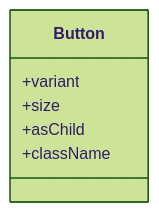
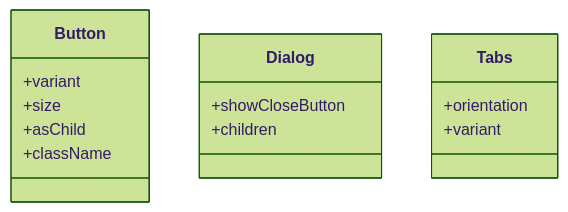
Before and after one commit to v0lka/c0wrk: the ninth of 11 diagrams in .qoder/repowiki/en/content/Frontend Application/Frontend Application.md, drawn with Mermaid (forest theme). The commit also changed other lines of this file and 52 other files, not shown here.

````diff
--- a/.qoder/repowiki/en/content/Frontend Application/Frontend Application.md
+++ b/.qoder/repowiki/en/content/Frontend Application/Frontend Application.md
@@ -241,9 +342,17 @@
 ```mermaid
 classDiagram
 class Button {
 +variant
 +size
 +asChild
 +className
 }
+class Dialog {
++showCloseButton
++children
+}
+class Tabs {
++orientation
++variant
+}
 ```
````
